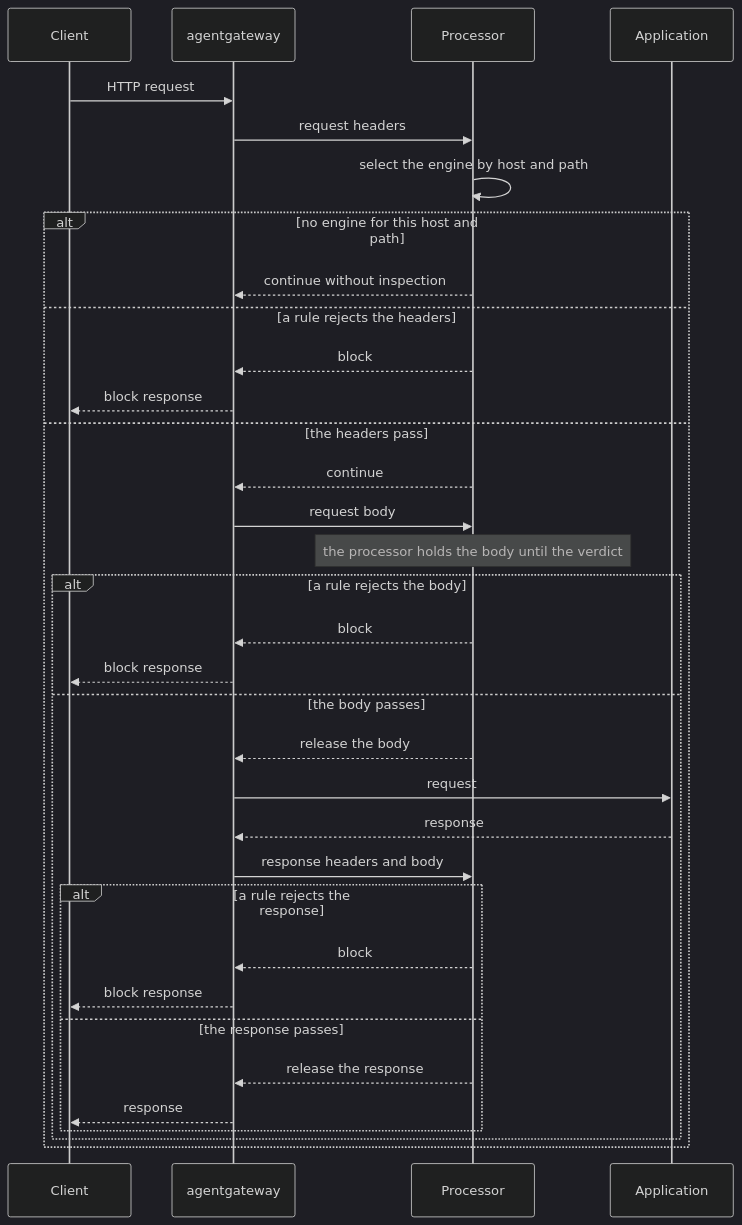
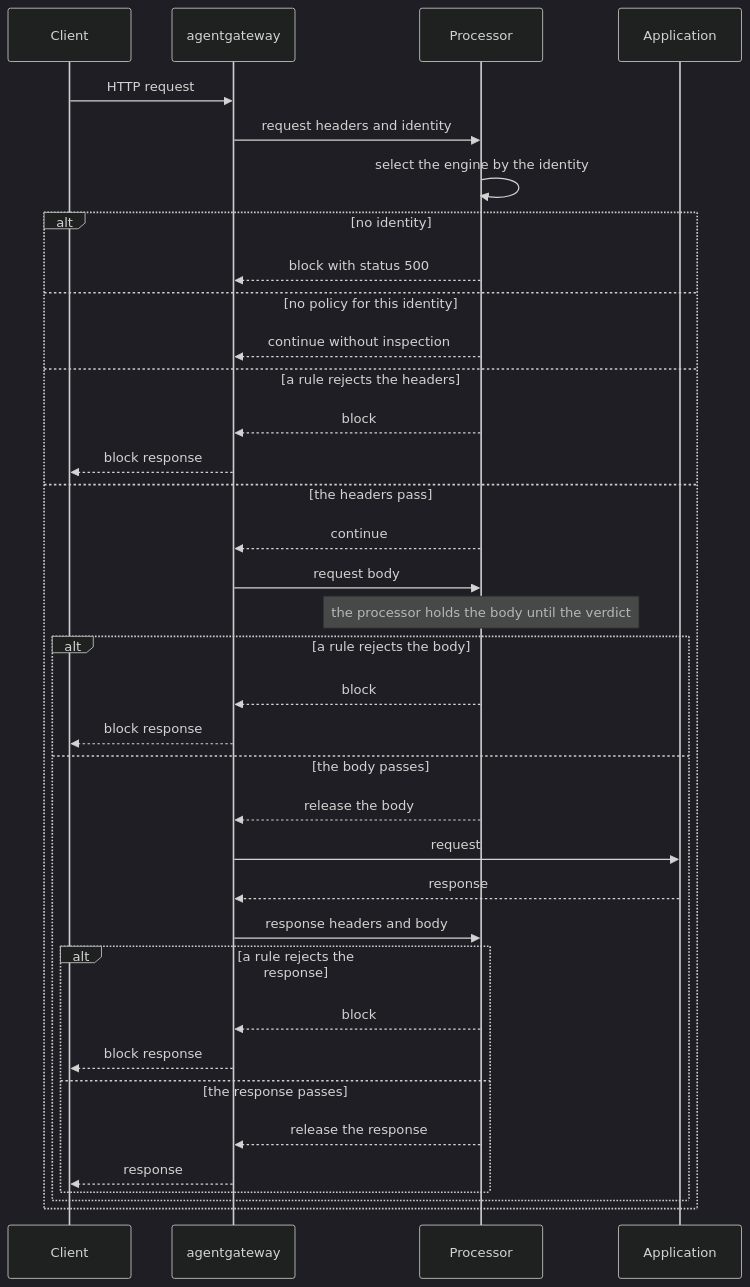
The third of 3 diagrams in docs/rfc/0001-project-purpose.md (kubewarden/gateway-protector), drawn with Mermaid (dark theme) before and after one commit. The commit also changed other lines of this file and 53 other files, not shown here.

````diff
--- a/docs/rfc/0001-project-purpose.md
+++ b/docs/rfc/0001-project-purpose.md
@@ -897,37 +936,39 @@
 ```mermaid
 sequenceDiagram
     participant Client
     participant AGW as agentgateway
     participant Proc as Processor
     participant App as Application
 
     Client->>AGW: HTTP request
-    AGW->>Proc: request headers
-    Proc->>Proc: select the engine by host and path
-    alt no engine for this host and path
+    AGW->>Proc: request headers and identity
+    Proc->>Proc: select the engine by the identity
+    alt no identity
+        Proc-->>AGW: block with status 500
+    else no policy for this identity
         Proc-->>AGW: continue without inspection
     else a rule rejects the headers
         Proc-->>AGW: block
         AGW-->>Client: block response
     else the headers pass
         Proc-->>AGW: continue
         AGW->>Proc: request body
         Note over Proc: the processor holds the body until the verdict
         alt a rule rejects the body
             Proc-->>AGW: block
             AGW-->>Client: block response
         else the body passes
             Proc-->>AGW: release the body
             AGW->>App: request
             App-->>AGW: response
             AGW->>Proc: response headers and body
             alt a rule rejects the response
                 Proc-->>AGW: block
                 AGW-->>Client: block response
             else the response passes
                 Proc-->>AGW: release the response
                 AGW-->>Client: response
             end
         end
     end
 ```
````
